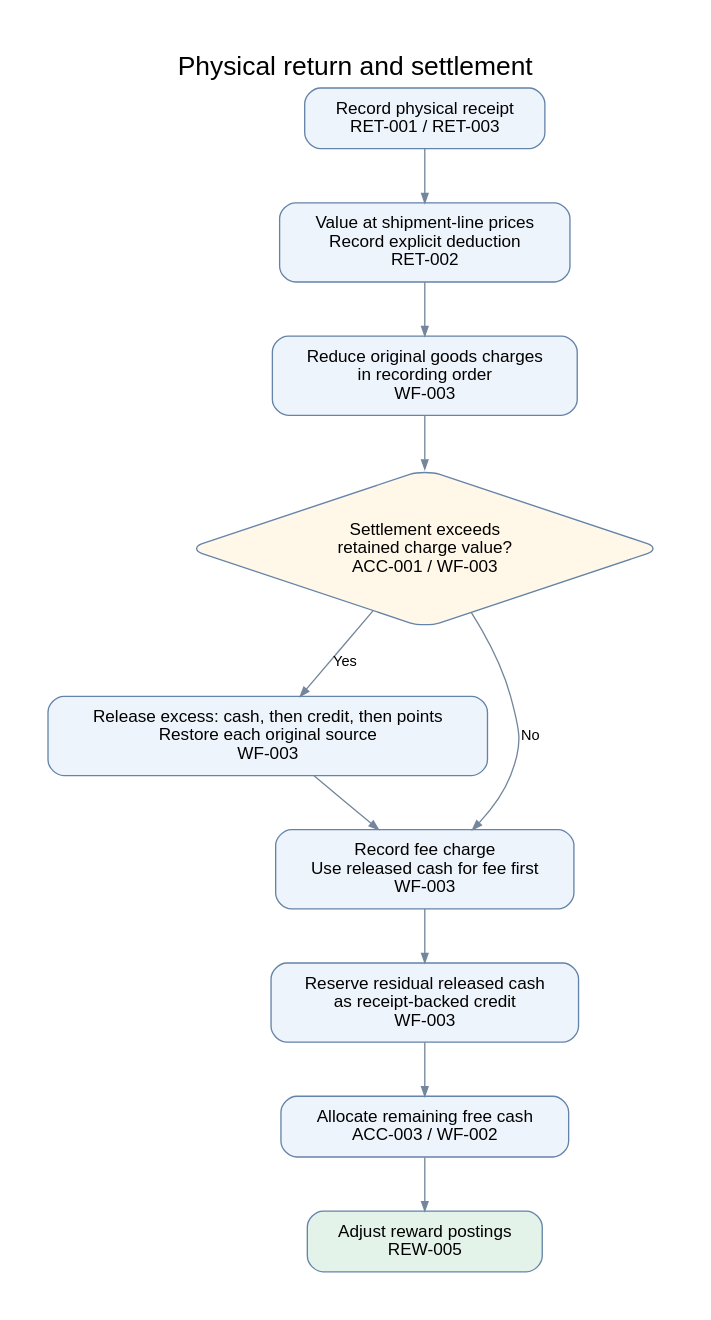
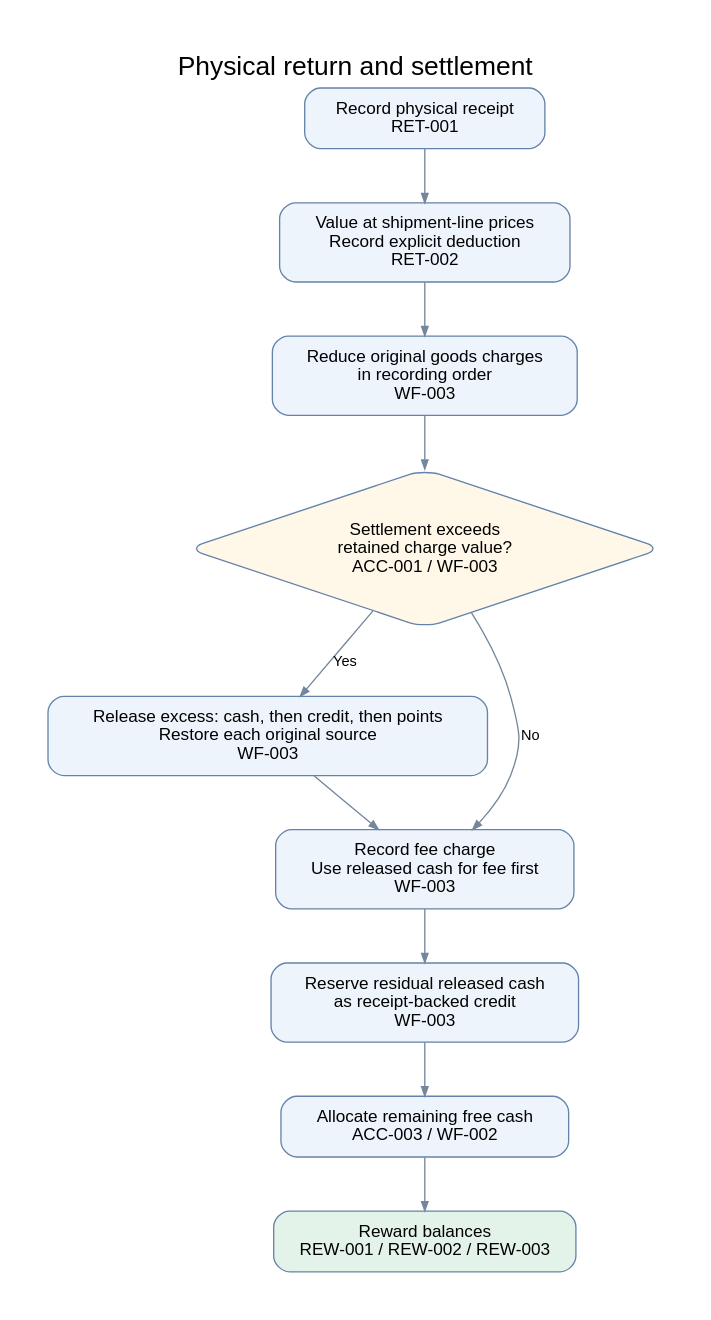
The diagram in docs/candidate-walkthrough/diagrams/return-settlement.dot (AviKKi/field-desk), drawn with Graphviz before and after one commit. The commit also changed 8 other files, not shown here.

```diff
--- a/docs/candidate-walkthrough/diagrams/return-settlement.dot
+++ b/docs/candidate-walkthrough/diagrams/return-settlement.dot
@@ -1,18 +1,18 @@
 digraph ReturnSettlement {
   graph [rankdir=TB, bgcolor="white", pad=0.4, nodesep=0.5, ranksep=0.55, fontname="Helvetica", fontsize=20, label="Physical return and settlement", labelloc=t];
   node [shape=box, style="rounded,filled", fillcolor="#eef4fc", color="#6483a8", fontname="Helvetica", fontsize=13, margin="0.18,0.12"];
   edge [color="#73869c", fontname="Helvetica", fontsize=11, arrowsize=0.7];
-  receive [label="Record physical receipt\nRET-001 / RET-003"];
+  receive [label="Record physical receipt\nRET-001"];
   value [label="Value at shipment-line prices\nRecord explicit deduction\nRET-002"];
   reduce [label="Reduce original goods charges\nin recording order\nWF-003"];
   excess [shape=diamond, fillcolor="#fff7e8", label="Settlement exceeds\nretained charge value?\nACC-001 / WF-003"];
   release [label="Release excess: cash, then credit, then points\nRestore each original source\nWF-003"];
   fee [label="Record fee charge\nUse released cash for fee first\nWF-003"];
   reserve [label="Reserve residual released cash\nas receipt-backed credit\nWF-003"];
   allocate [label="Allocate remaining free cash\nACC-003 / WF-002"];
-  rewards [label="Adjust reward postings\nREW-005", fillcolor="#e3f3ea"];
+  rewards [label="Reward balances\nREW-001 / REW-002 / REW-003", fillcolor="#e3f3ea"];
   receive -> value -> reduce -> excess;
   excess -> release [label="Yes"];
   excess -> fee [label="No"];
   release -> fee -> reserve -> allocate -> rewards;
 }
```
